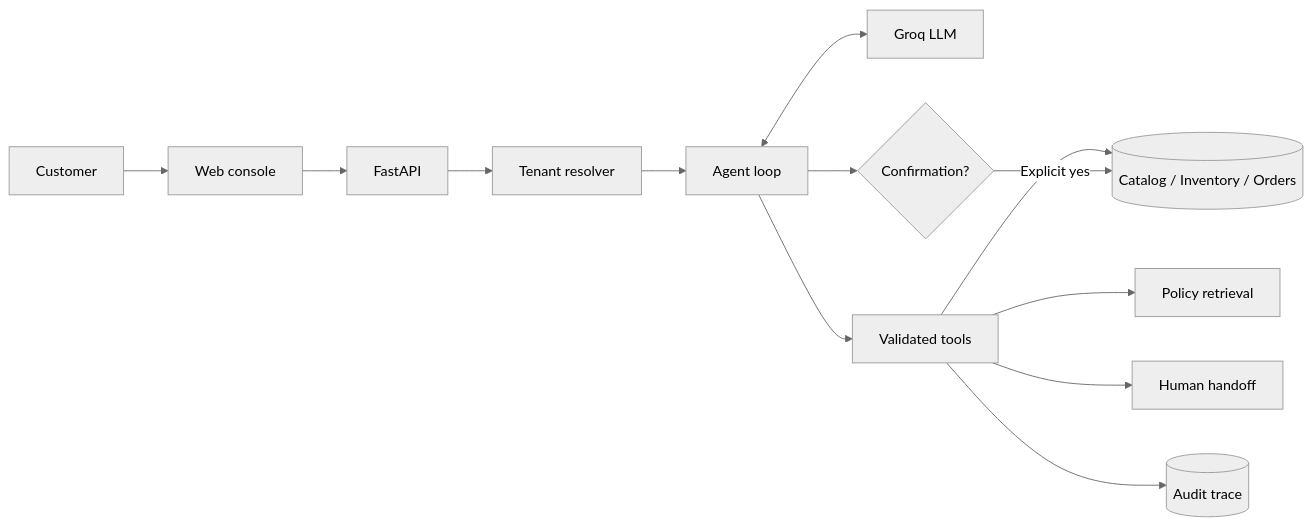
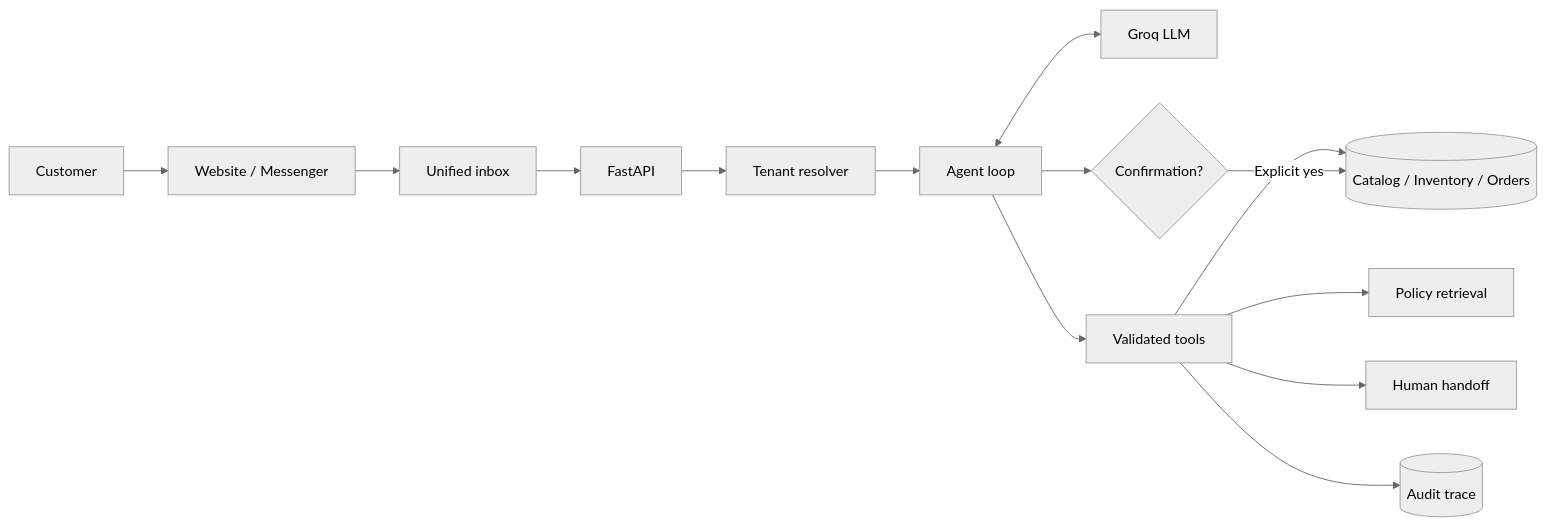
One commit to nganduong-123/shoppilot-ai changed the diagram in README.md. Above: the diagram before and after it, drawn with Mermaid (neutral theme). The commit also changed other lines of this file and 21 other files, not shown here.

Commit message:
feat: add omnichannel inbox and Meta Messenger adapter

````diff
--- a/README.md
+++ b/README.md
@@ -34,15 +36,16 @@
 ```mermaid
 flowchart LR
-    C[Customer] --> W[Web console]
-    W --> A[FastAPI]
+    C[Customer] --> CH[Website / Messenger]
+    CH --> IN[Unified inbox]
+    IN --> A[FastAPI]
     A --> R[Tenant resolver]
     R --> G[Agent loop]
     G <--> L[Groq LLM]
     G --> T[Validated tools]
     T --> D[(Catalog / Inventory / Orders)]
     T --> P[Policy retrieval]
     T --> H[Human handoff]
     T --> X[(Audit trace)]
     G --> Q{Confirmation?}
     Q -->|Explicit yes| D
 ```
````
